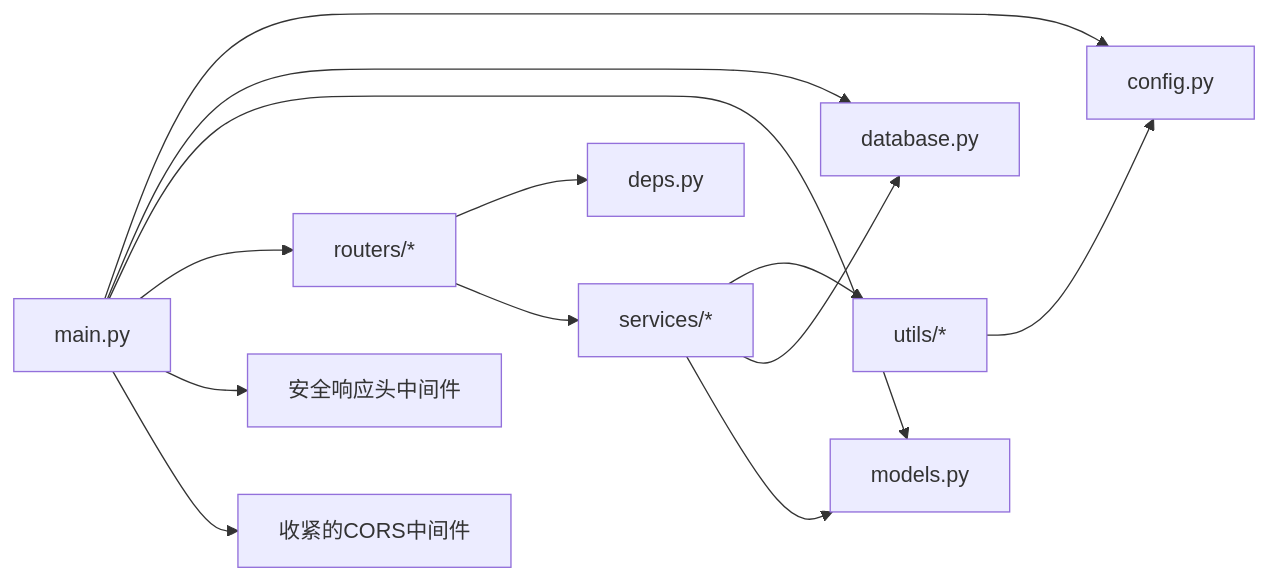
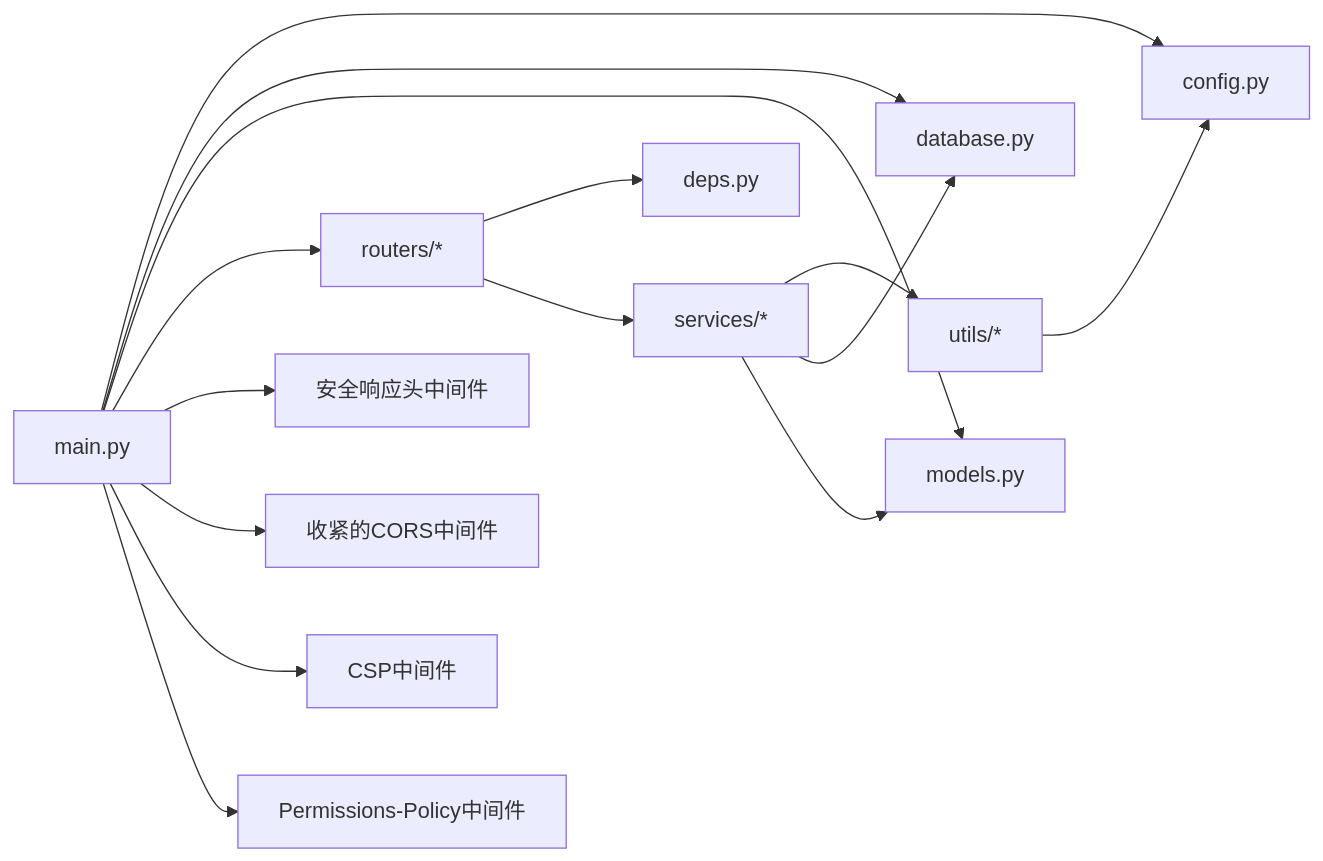
The seventh of 7 diagrams in .qoder/repowiki/zh/content/暑假作业打卡系统/后端服务架构/FastAPI应用核心.md (onebody/homework), drawn with Mermaid before and after one commit. The commit also changed other lines of this file and 28 other files, not shown here.

````diff
--- a/.qoder/repowiki/zh/content/暑假作业打卡系统/后端服务架构/FastAPI应用核心.md
+++ b/.qoder/repowiki/zh/content/暑假作业打卡系统/后端服务架构/FastAPI应用核心.md
@@ -498,15 +514,17 @@
 ```mermaid
 graph LR
 Main["main.py"] --> Config["config.py"]
 Main --> DB["database.py"]
 Main --> Models["models.py"]
 Main --> Routers["routers/*"]
 Routers --> Deps["deps.py"]
 Routers --> Services["services/*"]
 Services --> Utils["utils/*"]
 Services --> DB
 Services --> Models
 Utils --> Config
 Main --> SecurityHeaders["安全响应头中间件"]
 Main --> TightCORS["收紧的CORS中间件"]
+Main --> CSP["CSP中间件"]
+Main --> PermPolicy["Permissions-Policy中间件"]
 ```
````
